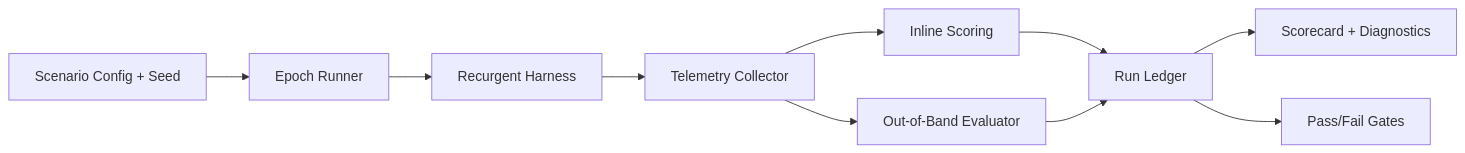
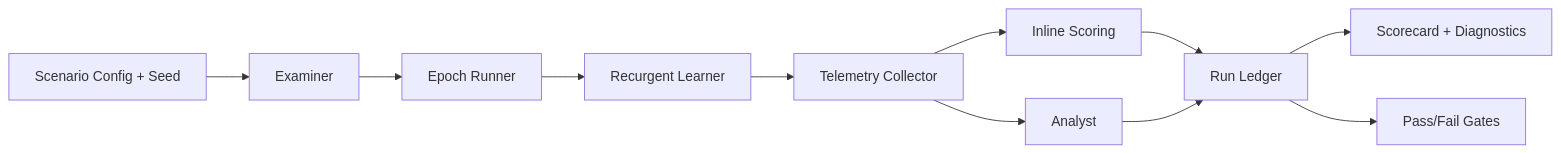
The diagram in docs/specs/recursim-product-spec.md (kulesh/recurgent), drawn with Mermaid before and after one commit. The commit also changed other lines of this file, not shown here.

Commit message:
Refine Recursim spec with pressure profile and cost telemetry

````diff
--- a/docs/specs/recursim-product-spec.md
+++ b/docs/specs/recursim-product-spec.md
@@ -176,12 +275,13 @@
 ```mermaid
 flowchart LR
-  Config[Scenario Config + Seed] --> Runner[Epoch Runner]
-  Runner --> Harness[Recurgent Harness]
-  Harness --> Signals[Telemetry Collector]
+  Config[Scenario Config + Seed] --> Examiner[Examiner]
+  Examiner --> Runner[Epoch Runner]
+  Runner --> Learner[Recurgent Learner]
+  Learner --> Signals[Telemetry Collector]
   Signals --> Inline[Inline Scoring]
-  Signals --> OOB[Out-of-Band Evaluator]
+  Signals --> Analyst[Analyst]
   Inline --> Ledger[Run Ledger]
-  OOB --> Ledger
+  Analyst --> Ledger
   Ledger --> Report[Scorecard + Diagnostics]
   Ledger --> Gate[Pass/Fail Gates]
 ```
````
